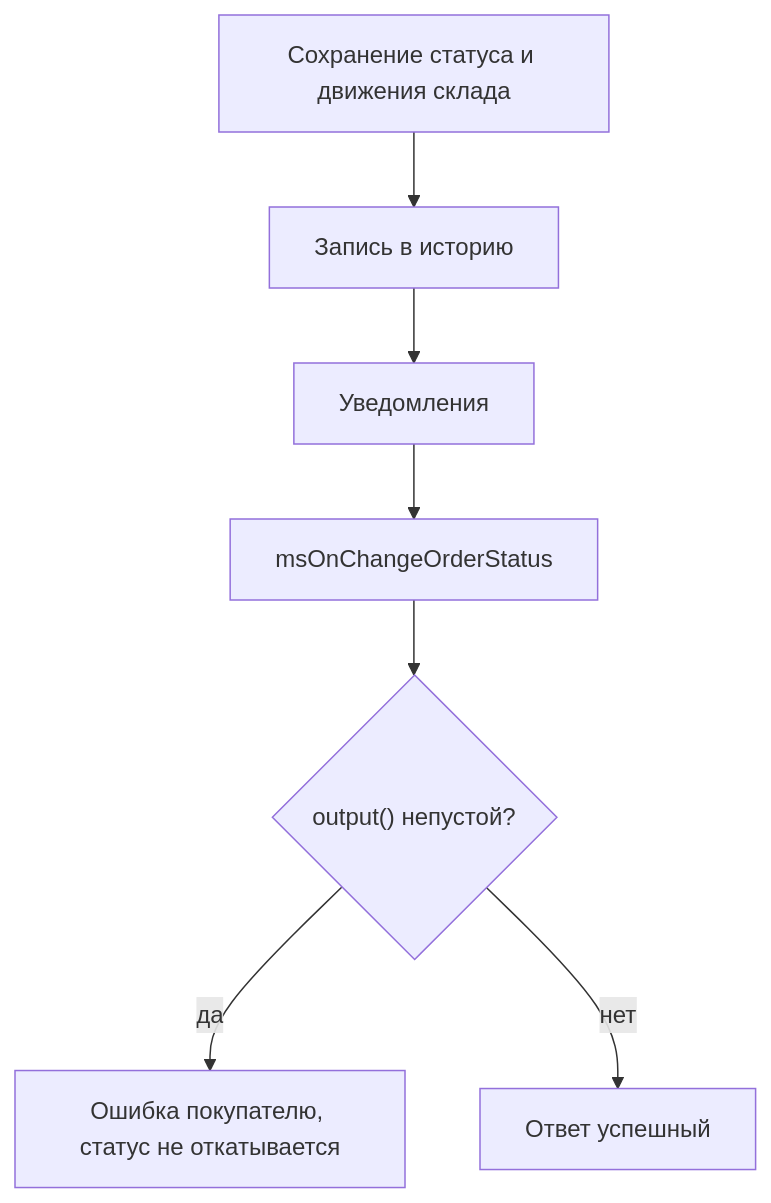
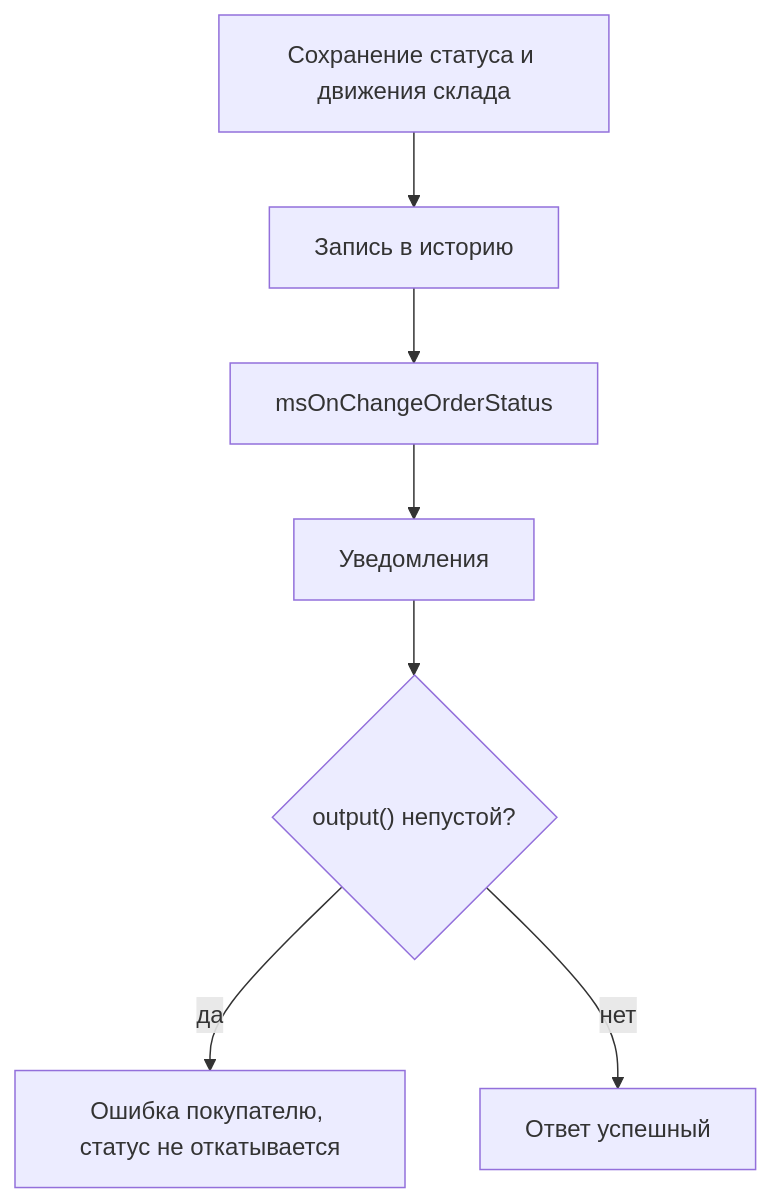
One commit to modx-pro/Docs changed the diagram in docs/components/minishop3/development/events/status.md. Above: the diagram before and after it, drawn with Mermaid. The commit also changed other lines of this file and 8 other files, not shown here.

````diff
--- a/docs/components/minishop3/development/events/status.md
+++ b/docs/components/minishop3/development/events/status.md
@@ -98,9 +110,9 @@
 ```mermaid
 flowchart TD
   save["Сохранение статуса и движения склада"] --> history["Запись в историю"]
-  history --> notify["Уведомления"]
-  notify --> event["msOnChangeOrderStatus"]
-  event --> out{"output() непустой?"}
+  history --> event["msOnChangeOrderStatus"]
+  event --> notify["Уведомления"]
+  notify --> out{"output() непустой?"}
   out -->|да| err["Ошибка покупателю, статус не откатывается"]
   out -->|нет| ok["Ответ успешный"]
 ```
````
